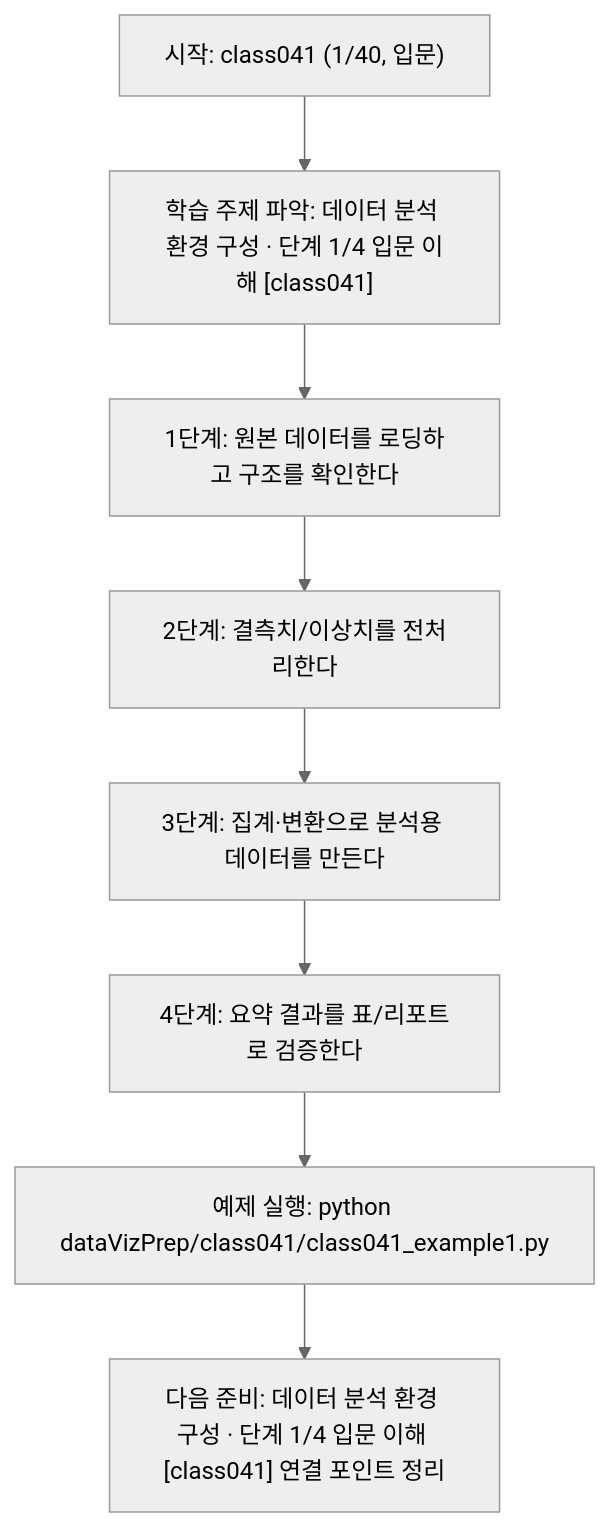
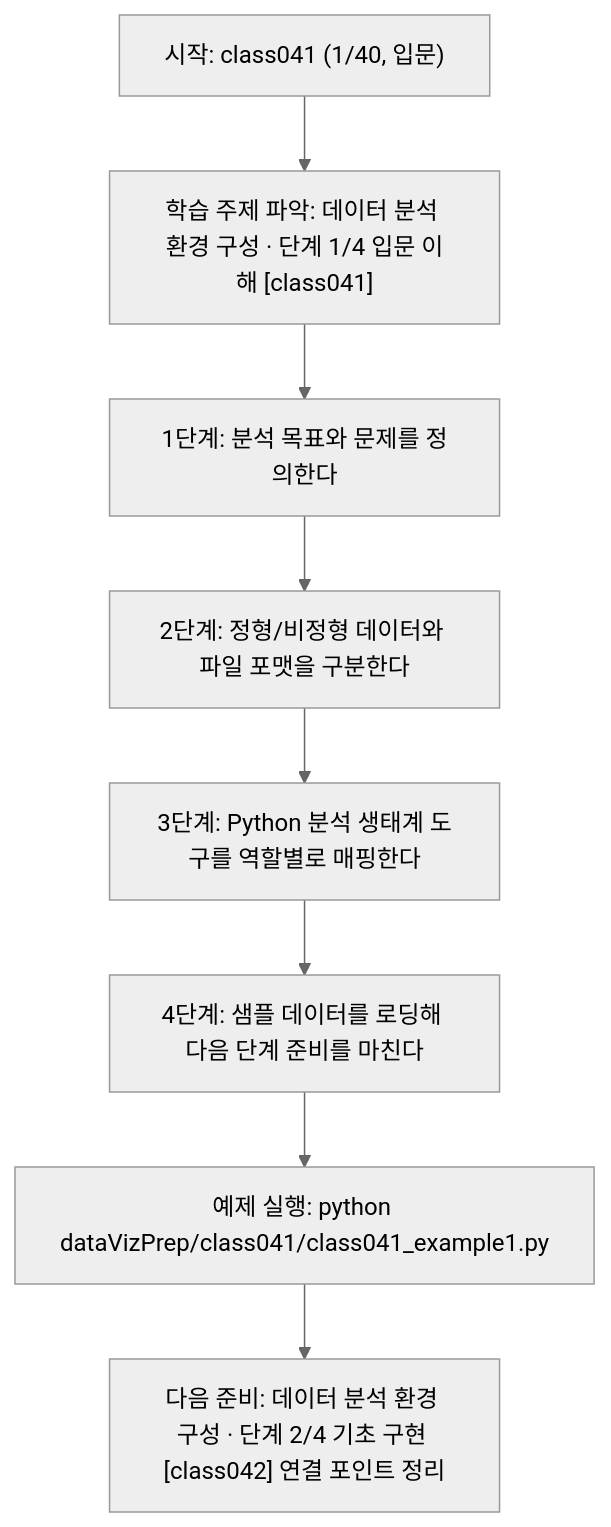
Before and after one commit to edumgt/Python-AI_Agent-Class: the diagram in dataVizPrep/class041/class041.md, drawn with Mermaid (neutral theme). The commit also changed other lines of this file and 283 other files, not shown here.

````diff
--- a/dataVizPrep/class041/class041.md
+++ b/dataVizPrep/class041/class041.md
@@ -112,18 +92,18 @@
 ```mermaid
 flowchart TD
 N1["시작: class041 (1/40, 입문)"]
 N2["학습 주제 파악: 데이터 분석 환경 구성 · 단계 1/4 입문 이해 [class041]"]
-N3["1단계: 원본 데이터를 로딩하고 구조를 확인한다"]
-N4["2단계: 결측치/이상치를 전처리한다"]
-N5["3단계: 집계·변환으로 분석용 데이터를 만든다"]
-N6["4단계: 요약 결과를 표/리포트로 검증한다"]
+N3["1단계: 분석 목표와 문제를 정의한다"]
+N4["2단계: 정형/비정형 데이터와 파일 포맷을 구분한다"]
+N5["3단계: Python 분석 생태계 도구를 역할별로 매핑한다"]
+N6["4단계: 샘플 데이터를 로딩해 다음 단계 준비를 마친다"]
 N7["예제 실행: python dataVizPrep/class041/class041_example1.py"]
-N8["다음 준비: 데이터 분석 환경 구성 · 단계 1/4 입문 이해 [class041] 연결 포인트 정리"]
+N8["다음 준비: 데이터 분석 환경 구성 · 단계 2/4 기초 구현 [class042] 연결 포인트 정리"]
 N1 --> N2
 N2 --> N3
 N3 --> N4
 N4 --> N5
 N5 --> N6
 N6 --> N7
 N7 --> N8
 ```
````
